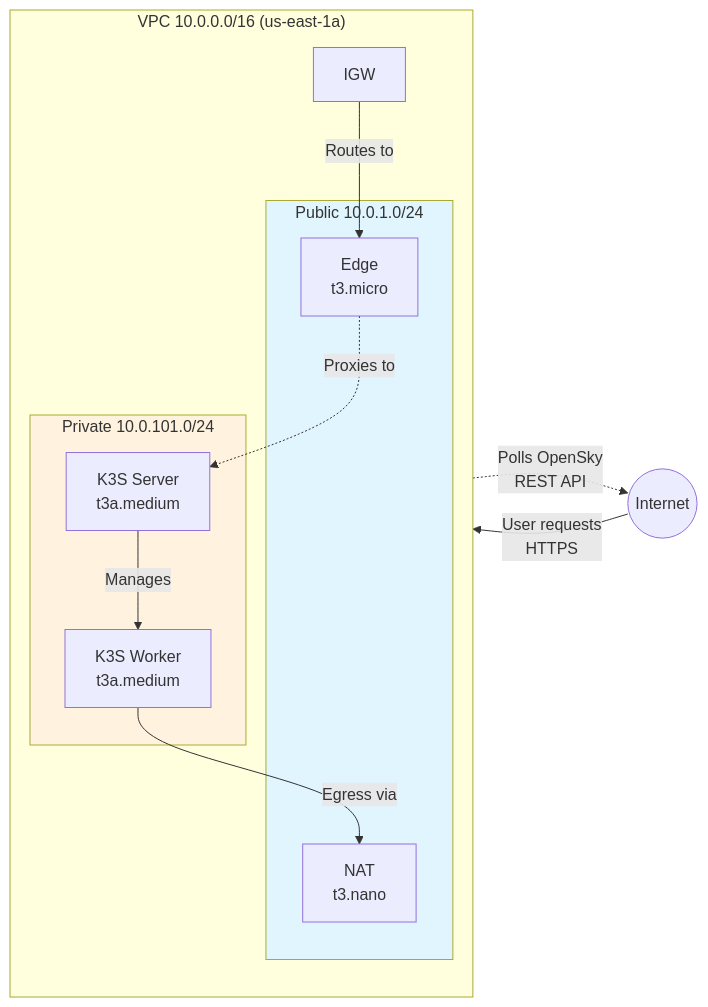
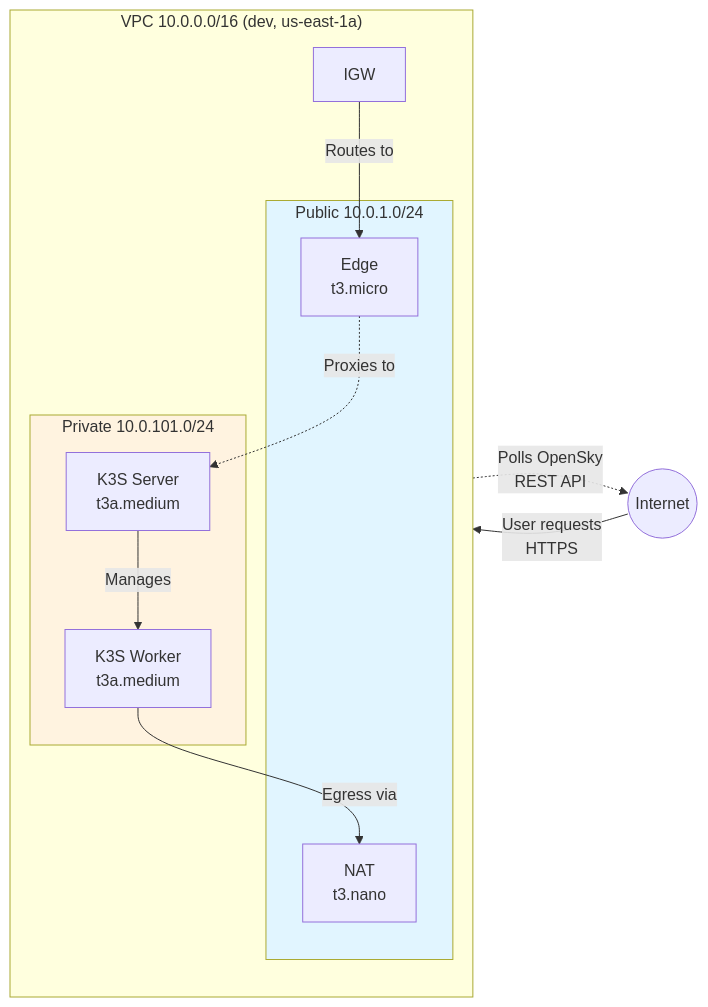
The second of 10 diagrams in docs/architecture/technical-architecture-summary.md (ClementV78/CloudRadar), drawn with Mermaid before and after one commit. The commit also changed other lines of this file and 2 other files, not shown here.

First line of the commit message:
docs(architecture): align EN/FR summaries and app architecture

````diff
--- a/docs/architecture/technical-architecture-summary.md
+++ b/docs/architecture/technical-architecture-summary.md
@@ -99,29 +97,29 @@
 ```mermaid
 graph LR
     INTERNET((Internet))
     
-    subgraph VPC["VPC 10.0.0.0/16 (us-east-1a)"]
+    subgraph VPC["VPC 10.0.0.0/16 (dev, us-east-1a)"]
         IGW[IGW]
         
         direction TB
         subgraph Public["Public 10.0.1.0/24"]
             EDGE[Edge<br/>t3.micro]
             NAT[NAT<br/>t3.nano]
         end
 
         subgraph Private["Private 10.0.101.0/24"]
             K3S_S[K3S Server<br/>t3a.medium]
             K3S_W[K3S Worker<br/>t3a.medium]
         end
     end
     
     INTERNET -->|User requests<br/>HTTPS| IGW
     IGW -->|Routes to| EDGE
     EDGE -.->|Proxies to| K3S_S
     K3S_S -->|Manages| K3S_W
     K3S_W -->|Egress via| NAT
     NAT -.->|Polls OpenSky<br/>REST API| INTERNET
 
     style Public fill:#e1f5ff
     style Private fill:#fff3e0
 ```
````
